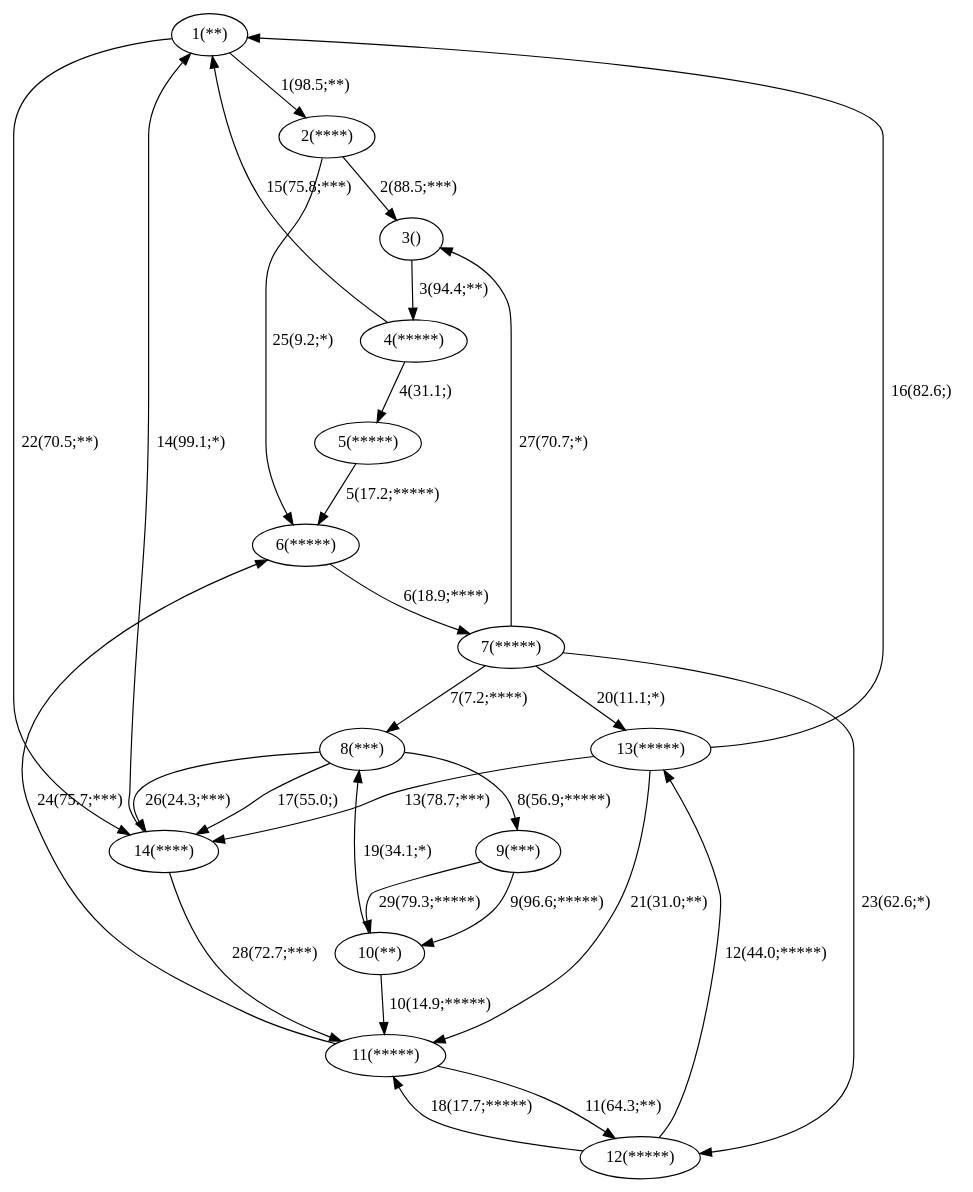
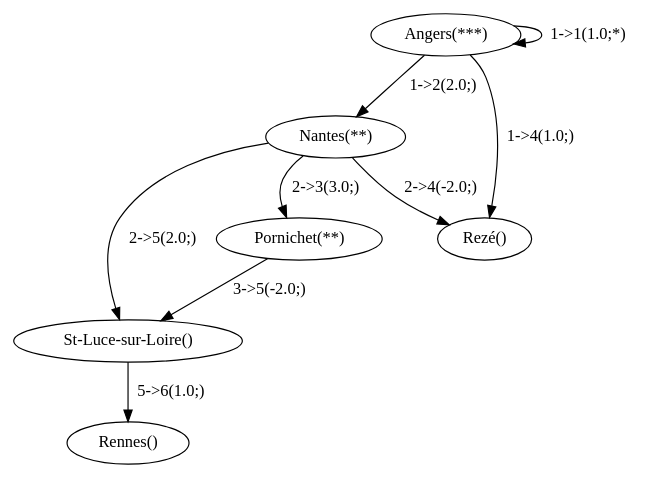
The diagram in GraphProject/map.dot (Latoof/GraphProject), drawn with Graphviz before and after one commit. The commit also changed 1 other file, not shown here.

```diff
--- a/GraphProject/map.dot
+++ b/GraphProject/map.dot
@@ -1,45 +1,16 @@
-digraph {
-1 [label="1(**)"]
-2 [label="2(****)"]
-3 [label="3()"]
-4 [label="4(*****)"]
-5 [label="5(*****)"]
-6 [label="6(*****)"]
-7 [label="7(*****)"]
-8 [label="8(***)"]
-9 [label="9(***)"]
-10 [label="10(**)"]
-11 [label="11(*****)"]
-12 [label="12(*****)"]
-13 [label="13(*****)"]
-14 [label="14(****)"]
-1->2 [label="1(98.5;**)"]
-2->3 [label="2(88.5;***)"]
-3->4 [label="3(94.4;**)"]
-4->5 [label="4(31.1;)"]
-5->6 [label="5(17.2;*****)"]
-6->7 [label="6(18.9;****)"]
-7->8 [label="7(7.2;****)"]
-8->9 [label="8(56.9;*****)"]
-9->10 [label="9(96.6;*****)"]
-10->11 [label="10(14.9;*****)"]
-11->12 [label="11(64.3;**)"]
-12->13 [label="12(44.0;*****)"]
-13->14 [label="13(78.7;***)"]
-14->1 [label="14(99.1;*)"]
-4->1 [label="15(75.8;***)"]
-13->1 [label="16(82.6;)"]
-8->14 [label="17(55.0;)"]
-12->11 [label="18(17.7;*****)"]
-10->8 [label="19(34.1;*)"]
-7->13 [label="20(11.1;*)"]
-13->11 [label="21(31.0;**)"]
-1->14 [label="22(70.5;**)"]
-7->12 [label="23(62.6;*)"]
-11->6 [label="24(75.7;***)"]
-2->6 [label="25(9.2;*)"]
-8->14 [label="26(24.3;***)"]
-7->3 [label="27(70.7;*)"]
-14->11 [label="28(72.7;***)"]
-9->10 [label="29(79.3;*****)"]
+digraph{
+"Angers" [label="Angers(***)"];
+"Nantes" [label="Nantes(**)"];
+"Pornichet" [label="Pornichet(**)"];
+"Rezé" [label="Rezé()"];
+"St-Luce-sur-Loire" [label="St-Luce-sur-Loire()"];
+"Rennes" [label="Rennes()"];
+"Angers" -> "Angers" [label="1->1(1.0;*)"];
+"Angers" -> "Nantes" [label="1->2(2.0;)"];
+"Nantes" -> "Rezé" [label="2->4(-2.0;)"];
+"Angers" -> "Rezé" [label="1->4(1.0;)"];
+"Nantes" -> "Pornichet" [label="2->3(3.0;)"];
+"Nantes" -> "St-Luce-sur-Loire" [label="2->5(2.0;)"];
+"Pornichet" -> "St-Luce-sur-Loire" [label="3->5(-2.0;)"];
+"St-Luce-sur-Loire" -> "Rennes" [label="5->6(1.0;)"];
 }
```
